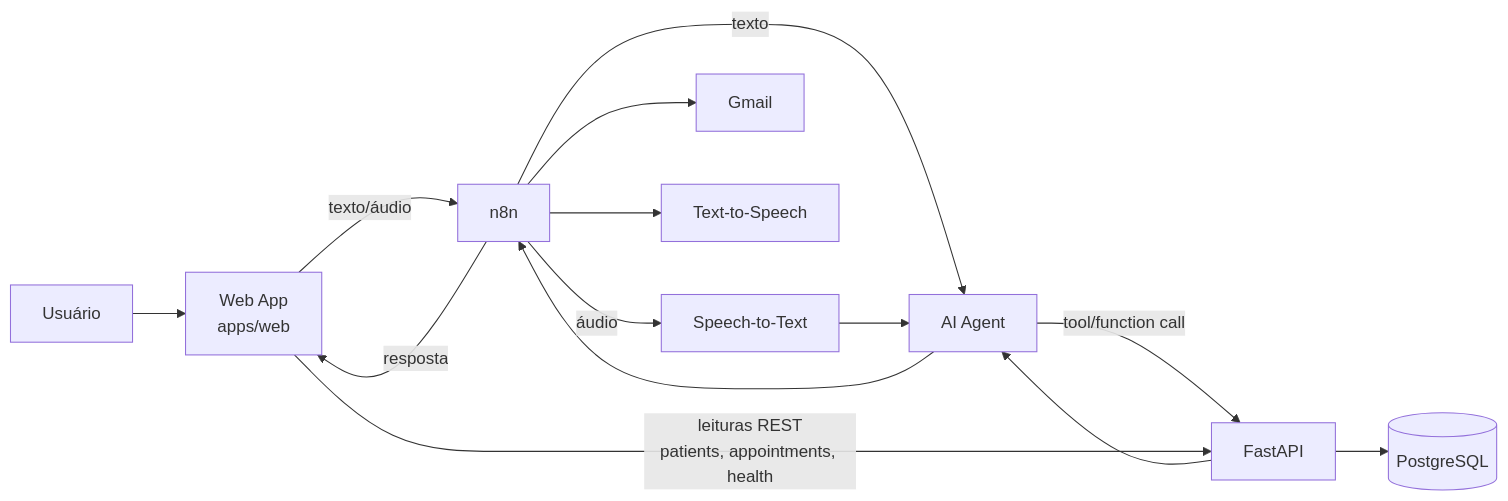
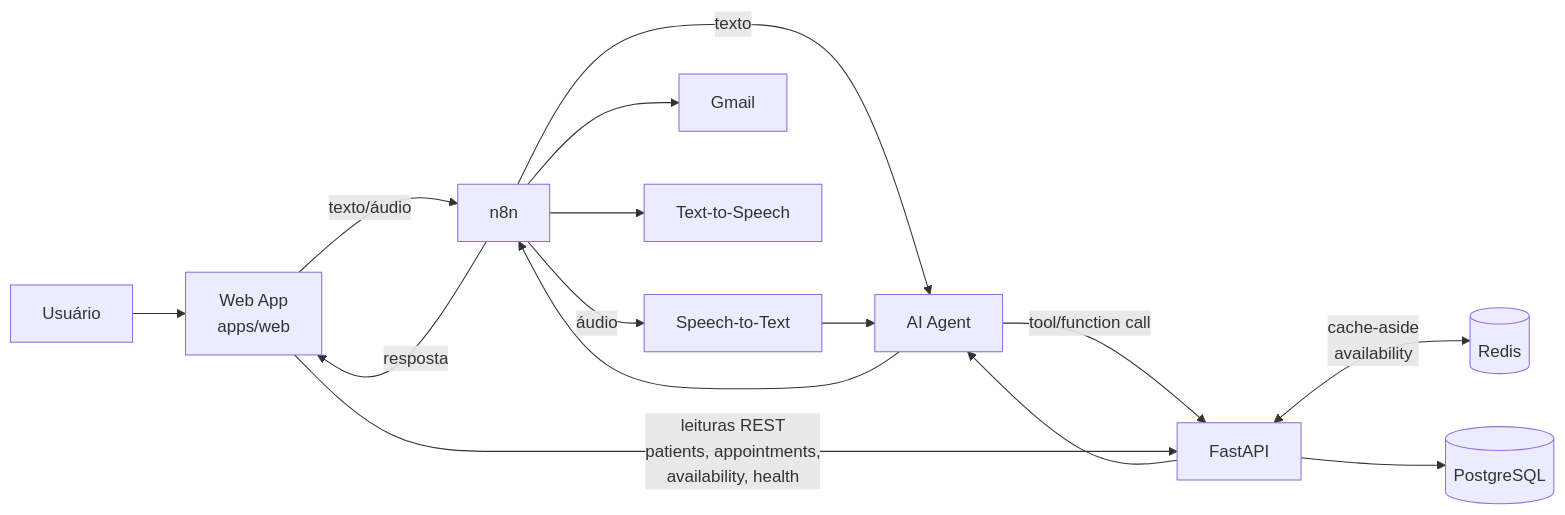
One commit to iansaft/essentia_ai_medical_scheduling_assistant changed the first of 3 diagrams in docs/architecture.md. Above: the diagram before and after it, drawn with Mermaid. The commit also changed other lines of this file and 4 other files, not shown here.

First line of the commit message:
docs: document Redis availability cache with architecture flows and DD-20

````diff
--- a/docs/architecture.md
+++ b/docs/architecture.md
@@ -7,19 +7,20 @@
 ```mermaid
 flowchart LR
     U[Usuário] --> W[Web App<br/>apps/web]
     W -->|texto/áudio| N[n8n]
     N -->|texto| A[AI Agent]
     N -->|áudio| STT[Speech-to-Text]
     STT --> A
 
     A -->|tool/function call| API[FastAPI]
-    W -->|leituras REST<br/>patients, appointments, health| API
+    W -->|leituras REST<br/>patients, appointments,<br/>availability, health| API
+    API <-->|cache-aside<br/>availability| RD[(Redis)]
     API --> DB[(PostgreSQL)]
 
     API --> A
     A --> N
 
     N --> G[Gmail]
     N --> TTS[Text-to-Speech]
     N -->|resposta| W
 ```
````
